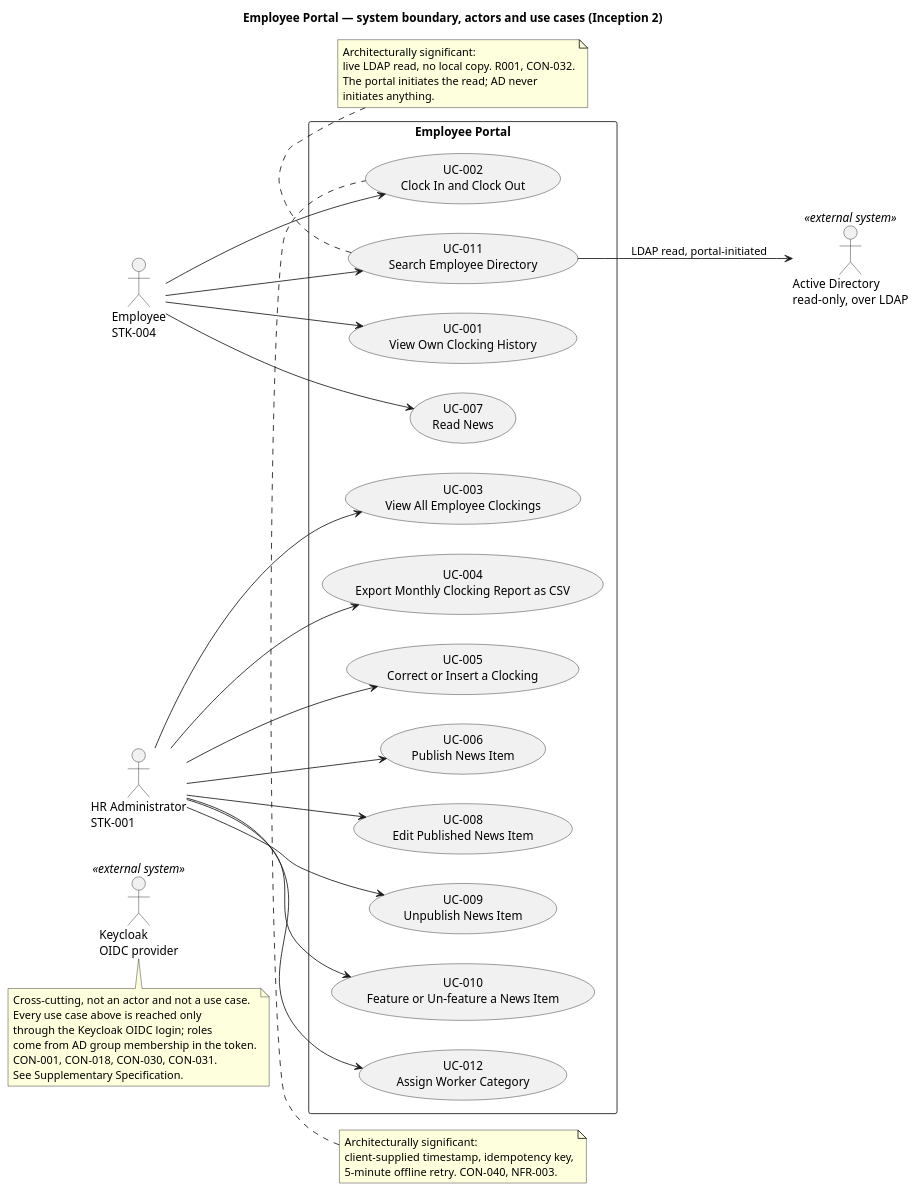
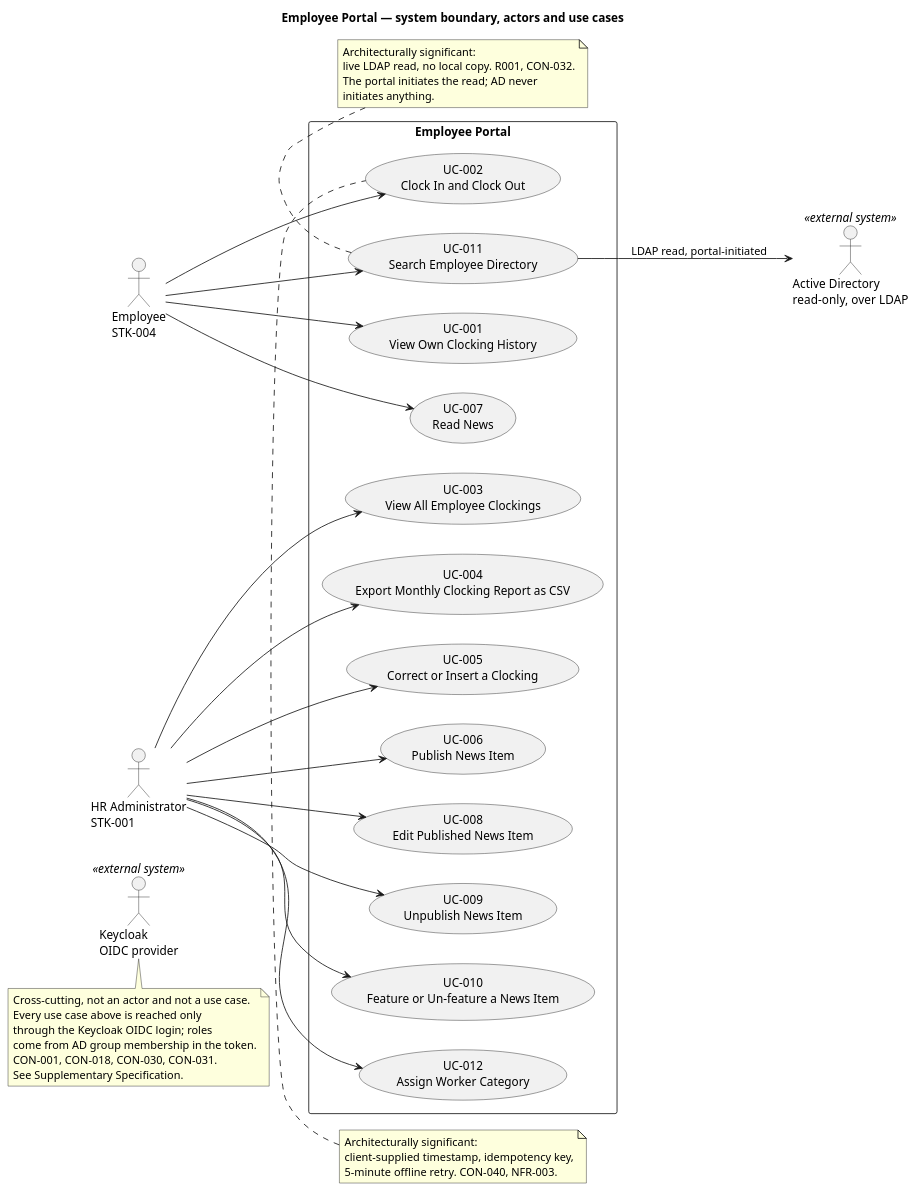
Before and after one commit to banense-test/portal: the first of 6 diagrams in docs/artifacts/requirements/use-case-model.md, drawn with PlantUML. The commit also changed other lines of this file, not shown here.

Commit message:
System Analyst [I3]: upsert Use-Case Model
[skip ci]

````diff
--- a/docs/artifacts/requirements/use-case-model.md
+++ b/docs/artifacts/requirements/use-case-model.md
@@ -9,64 +9,64 @@
 ```plantuml
 @startuml
-title Employee Portal — system boundary, actors and use cases (Inception 2)
+title Employee Portal — system boundary, actors and use cases
 
 left to right direction
 skinparam packageStyle rectangle
 
 actor "Employee\nSTK-004" as EMP
 actor "HR Administrator\nSTK-001" as HR
 actor "Active Directory\nread-only, over LDAP" as AD <<external system>>
 actor "Keycloak\nOIDC provider" as KC <<external system>>
 
 rectangle "Employee Portal" {
   usecase "UC-001\nView Own Clocking History" as UC001
   usecase "UC-002\nClock In and Clock Out" as UC002
   usecase "UC-003\nView All Employee Clockings" as UC003
   usecase "UC-004\nExport Monthly Clocking Report as CSV" as UC004
   usecase "UC-005\nCorrect or Insert a Clocking" as UC005
   usecase "UC-006\nPublish News Item" as UC006
   usecase "UC-007\nRead News" as UC007
   usecase "UC-008\nEdit Published News Item" as UC008
   usecase "UC-009\nUnpublish News Item" as UC009
   usecase "UC-010\nFeature or Un-feature a News Item" as UC010
   usecase "UC-011\nSearch Employee Directory" as UC011
   usecase "UC-012\nAssign Worker Category" as UC012
 }
 
 EMP --> UC001
 EMP --> UC002
 EMP --> UC007
 EMP --> UC011
 HR --> UC003
 HR --> UC004
 HR --> UC005
 HR --> UC006
 HR --> UC008
 HR --> UC009
 HR --> UC010
 HR --> UC012
 UC011 --> AD : LDAP read, portal-initiated
 
 note bottom of KC
   Cross-cutting, not an actor and not a use case.
   Every use case above is reached only
   through the Keycloak OIDC login; roles
   come from AD group membership in the token.
   CON-001, CON-018, CON-030, CON-031.
   See Supplementary Specification.
 end note
 
 note top of UC002
   Architecturally significant:
   client-supplied timestamp, idempotency key,
   5-minute offline retry. CON-040, NFR-003.
 end note
 
 note bottom of UC011
   Architecturally significant:
   live LDAP read, no local copy. R001, CON-032.
   The portal initiates the read; AD never
   initiates anything.
 end note
 @enduml
 ```
````
